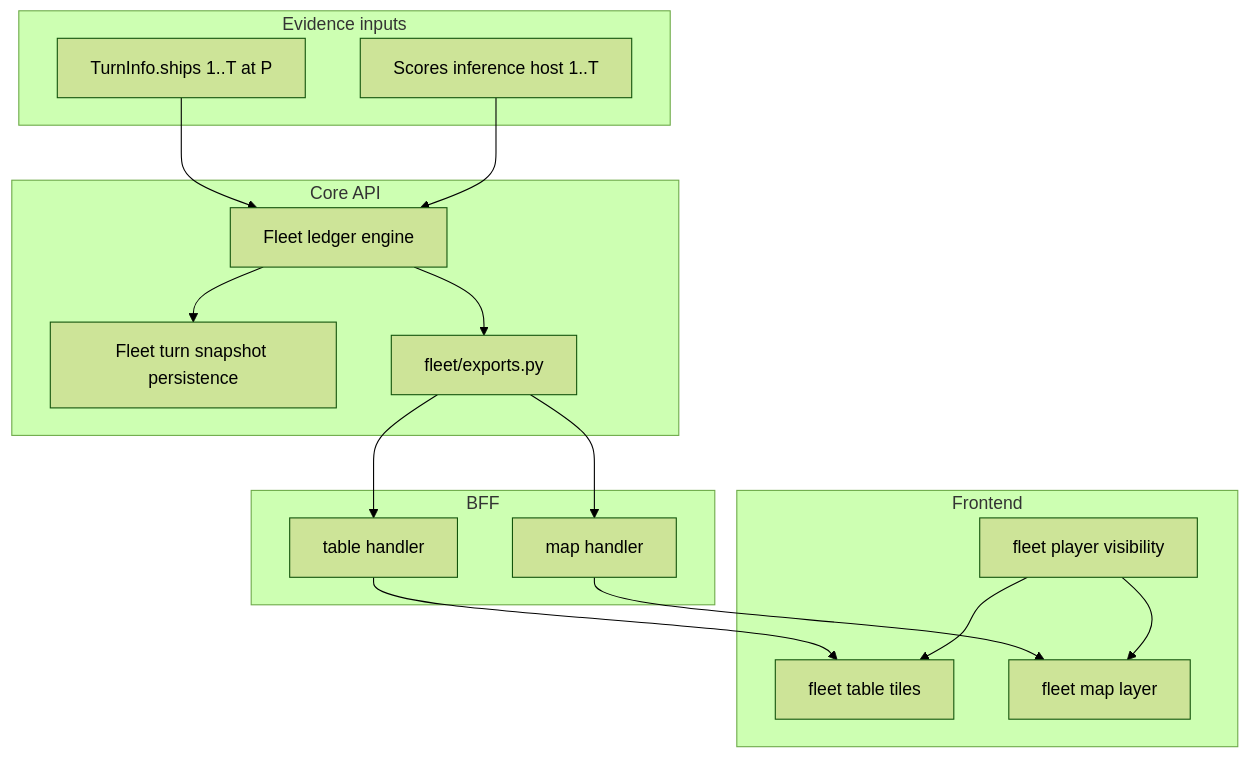
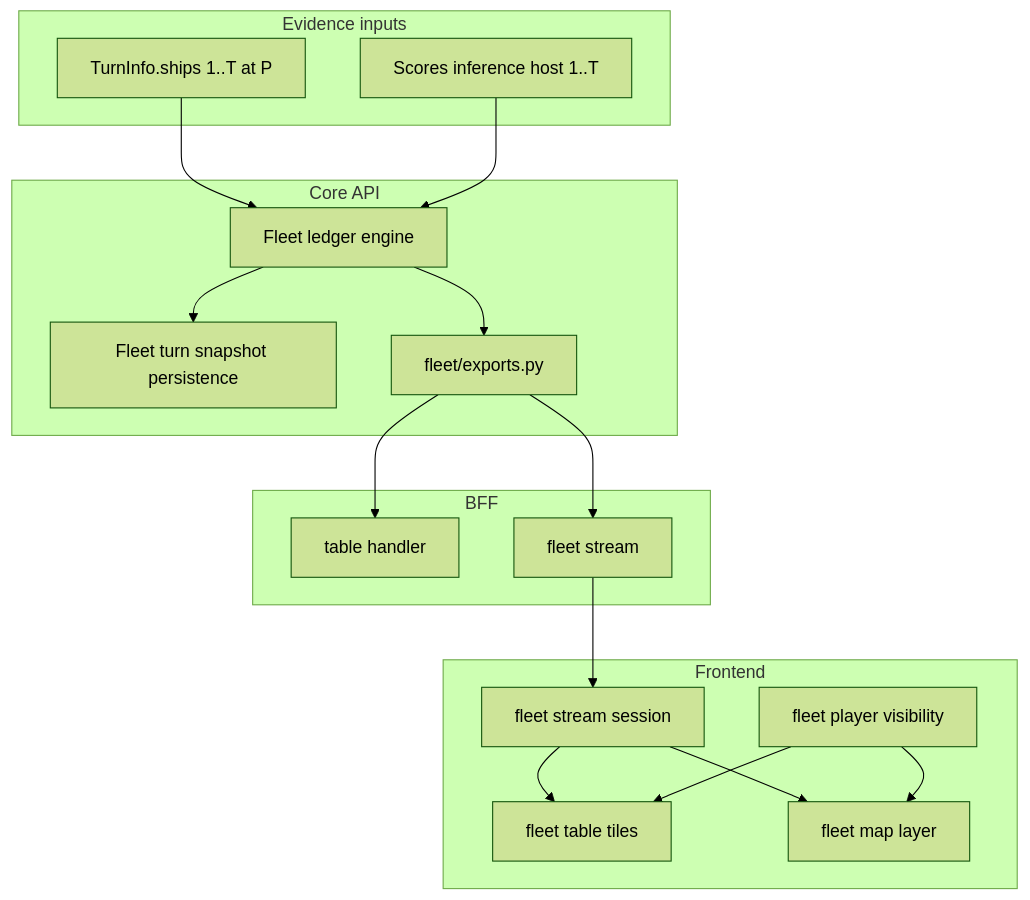
The diagram in docs/design-fleet-analytic.md (SteveDraper/Planets-Console), drawn with Mermaid (forest theme) before and after one commit. The commit also changed other lines of this file and 59 other files, not shown here.

First line of the commit message:
Fleet F5.2: Map layer (#128) (#291)

````diff
--- a/docs/design-fleet-analytic.md
+++ b/docs/design-fleet-analytic.md
@@ -358,31 +359,33 @@
 ```mermaid
 flowchart TB
   subgraph inputs [Evidence inputs]
     TI[TurnInfo.ships 1..T at P]
     SC[Scores inference host 1..T]
   end
   subgraph core [Core API]
     ENG[Fleet ledger engine]
     SNAP[Fleet turn snapshot persistence]
     EXP[fleet/exports.py]
     TI --> ENG
     SC --> ENG
     ENG --> SNAP
     ENG --> EXP
   end
   subgraph bff [BFF]
     TBL[table handler]
-    MAP[map handler]
+    STR[fleet stream]
     EXP --> TBL
-    EXP --> MAP
+    EXP --> STR
   end
   subgraph spa [Frontend]
     VIS[fleet player visibility]
+    SES[fleet stream session]
     TILE[fleet table tiles]
     LAYER[fleet map layer]
-    TBL --> TILE
-    MAP --> LAYER
+    STR --> SES
+    SES --> TILE
+    SES --> LAYER
     VIS --> TILE
     VIS --> LAYER
   end
 ```
````
